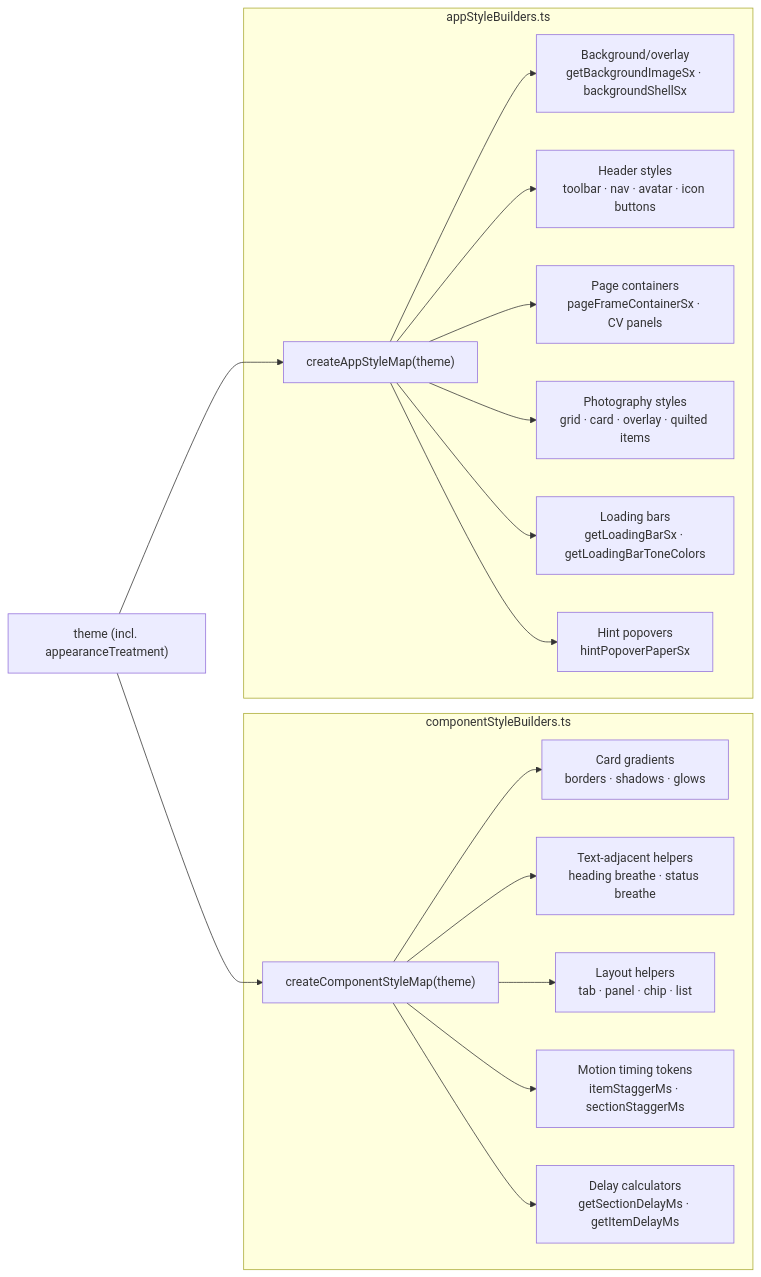
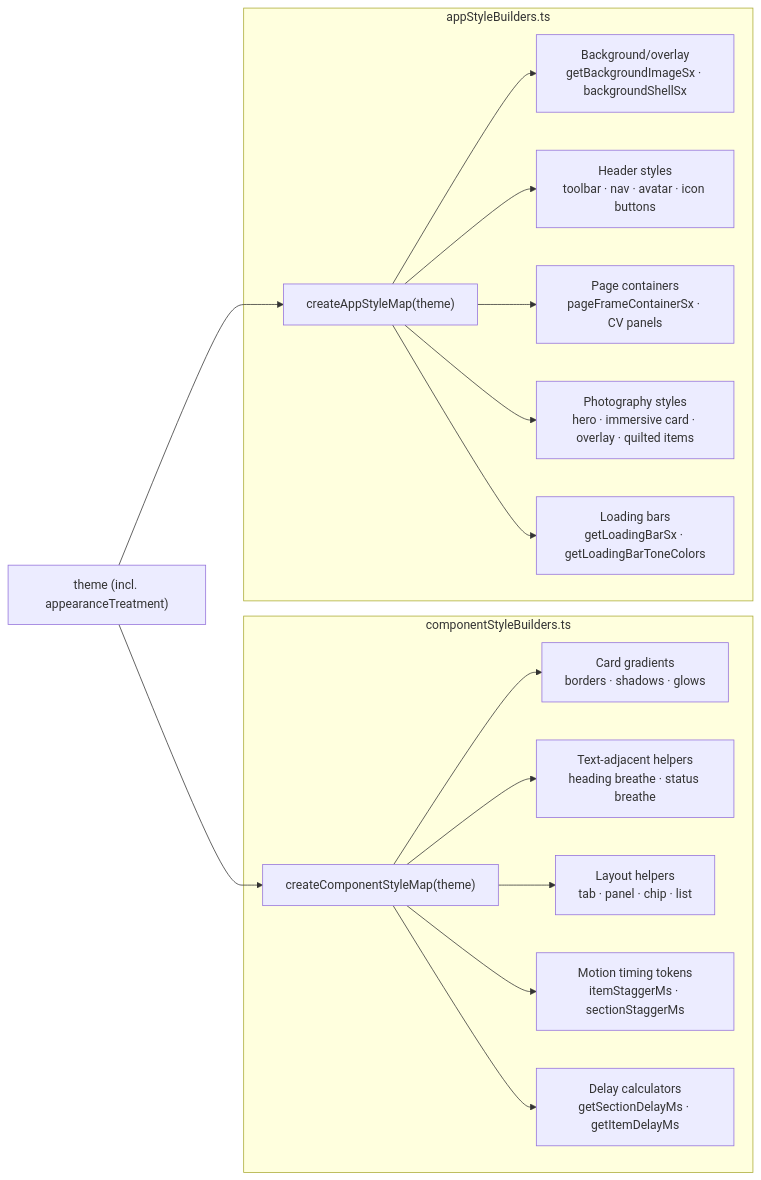
One commit to danphenderson/dev-danhenderson changed the second of 2 diagrams in docs/frontend/theme-and-styling.md. Above: the diagram before and after it, drawn with Mermaid. The commit also changed other lines of this file and 106 other files, not shown here.

````diff
--- a/docs/frontend/theme-and-styling.md
+++ b/docs/frontend/theme-and-styling.md
@@ -156,26 +156,25 @@
 ```mermaid
 flowchart LR
   Theme["theme (incl. appearanceTreatment)"]
 
   subgraph Component["componentStyleBuilders.ts"]
     CSM["createComponentStyleMap(theme)"]
     Cards["Card gradients<br/>borders · shadows · glows"]
     Text["Text-adjacent helpers<br/>heading breathe · status breathe"]
     Layouts["Layout helpers<br/>tab · panel · chip · list"]
     Timings["Motion timing tokens<br/>itemStaggerMs · sectionStaggerMs"]
     Helpers["Delay calculators<br/>getSectionDelayMs · getItemDelayMs"]
   end
 
   subgraph App["appStyleBuilders.ts"]
     ASM["createAppStyleMap(theme)"]
     BG["Background/overlay<br/>getBackgroundImageSx · backgroundShellSx"]
     Header["Header styles<br/>toolbar · nav · avatar · icon buttons"]
     Page["Page containers<br/>pageFrameContainerSx · CV panels"]
-    Photo["Photography styles<br/>grid · card · overlay · quilted items"]
+    Photo["Photography styles<br/>hero · immersive card · overlay · quilted items"]
     Loading["Loading bars<br/>getLoadingBarSx · getLoadingBarToneColors"]
-    Hints["Hint popovers<br/>hintPopoverPaperSx"]
   end
 
   Theme --> CSM --> Cards & Text & Layouts & Timings & Helpers
-  Theme --> ASM --> BG & Header & Page & Photo & Loading & Hints
+  Theme --> ASM --> BG & Header & Page & Photo & Loading
 ```
````
